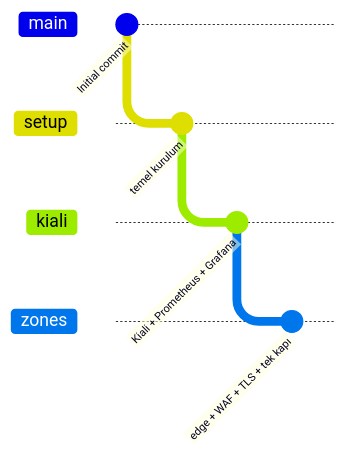
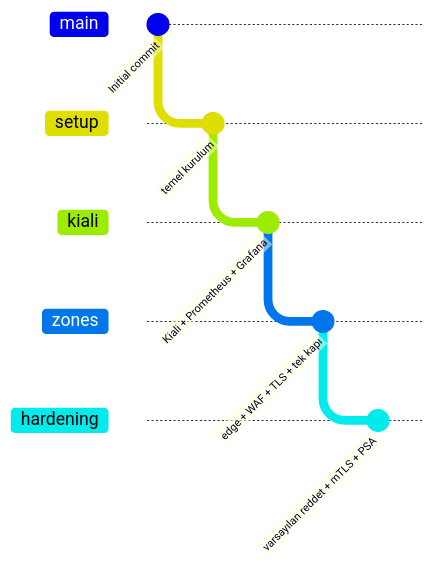
The diagram in docs/README.md (olgunyldz/service-mesh-lab), drawn with Mermaid before and after one commit. The commit also changed other lines of this file and 24 other files, not shown here.

First line of the commit message:
Sıkılaştırma: edge-DMZ mTLS, varsayılan reddet, Pod Security, bilgi sızması

````diff
--- a/docs/README.md
+++ b/docs/README.md
@@ -5,13 +5,16 @@
 ```mermaid
 gitGraph
     commit id: "Initial commit"
     branch setup
     checkout setup
     commit id: "temel kurulum"
     branch kiali
     checkout kiali
     commit id: "Kiali + Prometheus + Grafana"
     branch zones
     checkout zones
     commit id: "edge + WAF + TLS + tek kapı"
+    branch hardening
+    checkout hardening
+    commit id: "varsayılan reddet + mTLS + PSA"
 ```
````
